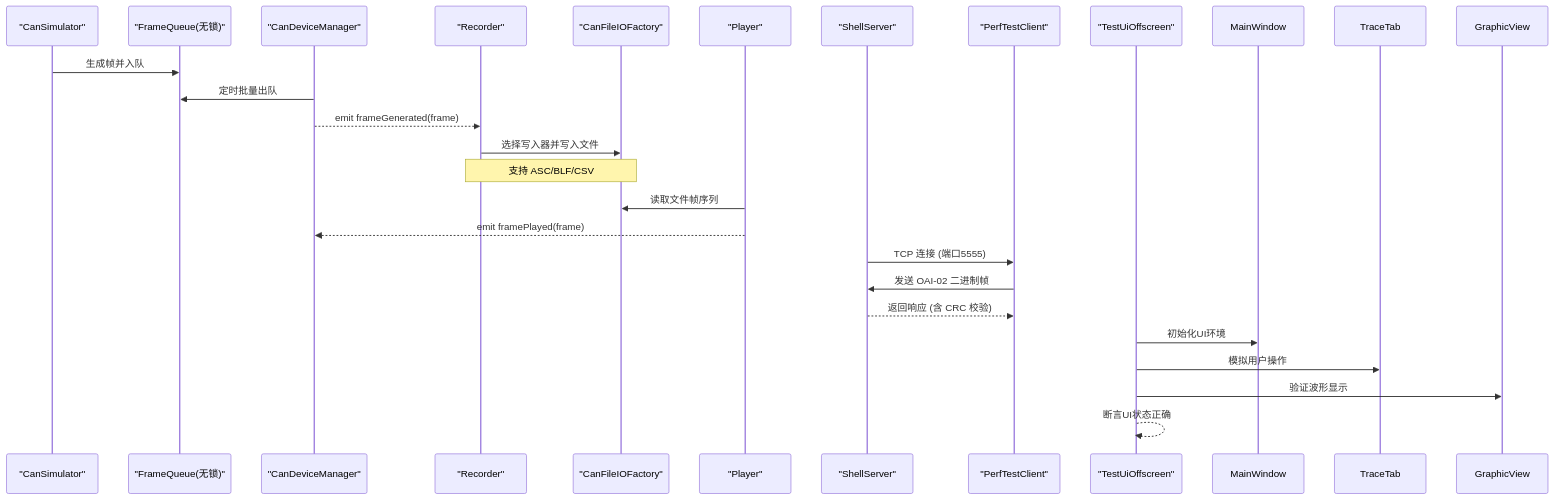
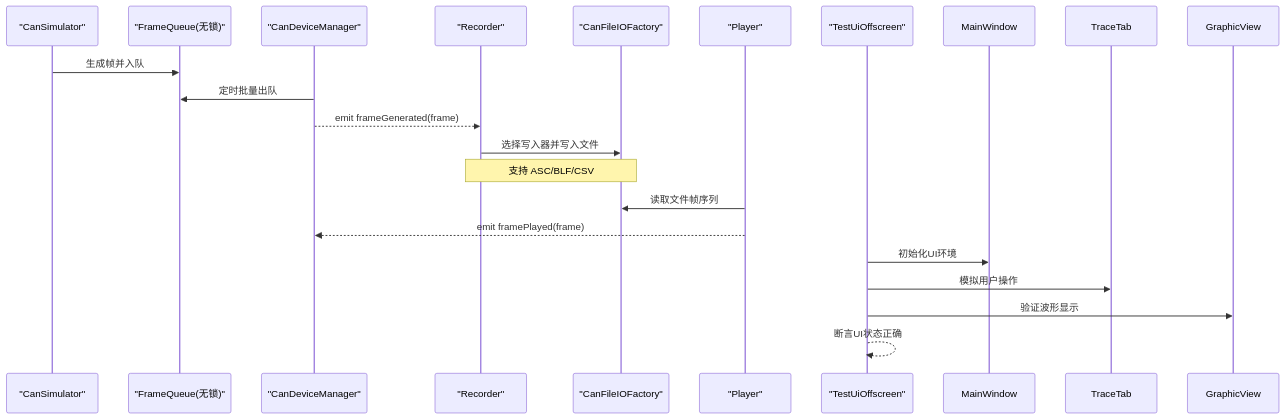
Before and after one commit to jakecai1225-design/OpenBus: the second of 10 diagrams in .qoder/repowiki/zh/content/开发指南/自动化测试框架.md, drawn with Mermaid. The commit also changed other lines of this file and 151 other files, not shown here.

````diff
--- a/.qoder/repowiki/zh/content/开发指南/自动化测试框架.md
+++ b/.qoder/repowiki/zh/content/开发指南/自动化测试框架.md
@@ -138,26 +115,21 @@
 ```mermaid
 sequenceDiagram
 participant Sim as "CanSimulator"
 participant Q as "FrameQueue(无锁)"
 participant DM as "CanDeviceManager"
 participant Rec as "Recorder"
 participant IO as "CanFileIOFactory"
 participant Pl as "Player"
-participant Shell as "ShellServer"
-participant Perf as "PerfTestClient"
 participant UITest as "TestUiOffscreen"
 Sim->>Q : 生成帧并入队
 DM->>Q : 定时批量出队
 DM-->>Rec : emit frameGenerated(frame)
 Rec->>IO : 选择写入器并写入文件
 Note over Rec,IO : 支持 ASC/BLF/CSV
 Pl->>IO : 读取文件帧序列
 Pl-->>DM : emit framePlayed(frame)
-Shell->>Perf : TCP 连接 (端口5555)
-Perf->>Shell : 发送 OAI-02 二进制帧
-Shell-->>Perf : 返回响应 (含 CRC 校验)
 UITest->>MainWindow : 初始化UI环境
 UITest->>TraceTab : 模拟用户操作
 UITest->>GraphicView : 验证波形显示
 UITest-->>UITest : 断言UI状态正确
 ```
````
